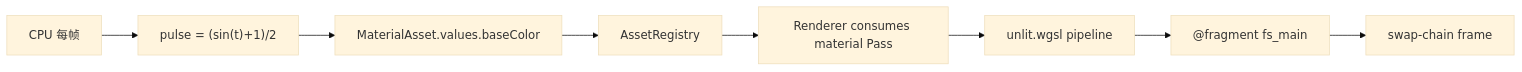
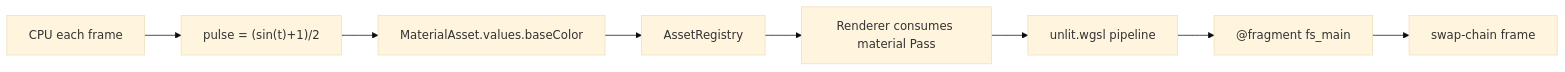
Before and after one commit to ForgeAX/forgeax-engine: the diagram in apps/learn-render/1.getting-started/3.shaders/README.md, drawn with Mermaid (base theme). The commit also changed other lines of this file and 1280 other files, not shown here.

````diff
--- a/apps/learn-render/1.getting-started/3.shaders/README.md
+++ b/apps/learn-render/1.getting-started/3.shaders/README.md
@@ -21,10 +24,10 @@
 ```mermaid
 flowchart LR
-  CPU["CPU 每帧"] --> Pulse["pulse = (sin(t)+1)/2"]
+  CPU["CPU each frame"] --> Pulse["pulse = (sin(t)+1)/2"]
   Pulse --> Mat["MaterialAsset.values.baseColor"]
   Mat --> Reg["AssetRegistry"]
   Reg --> RS["Renderer consumes material Pass"]
   RS --> Pipe["unlit.wgsl pipeline"]
   Pipe --> FS["@fragment fs_main"]
   FS --> Frame["swap-chain frame"]
 ```
````
